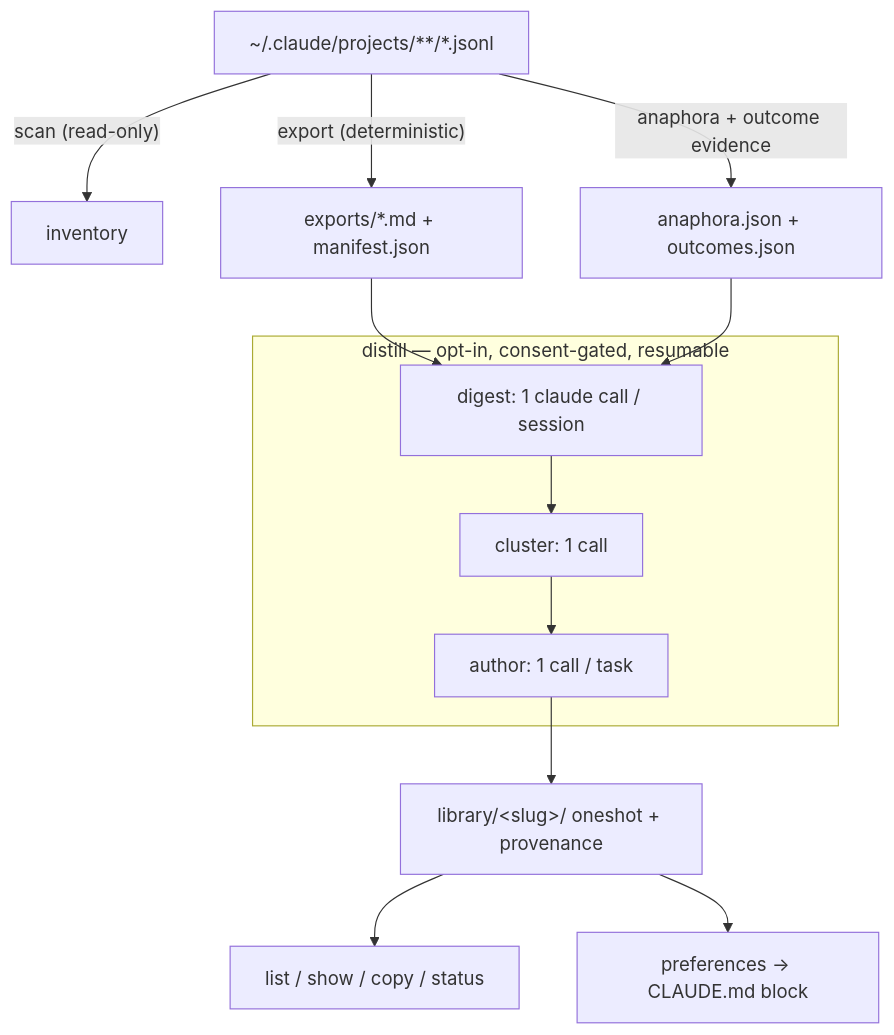
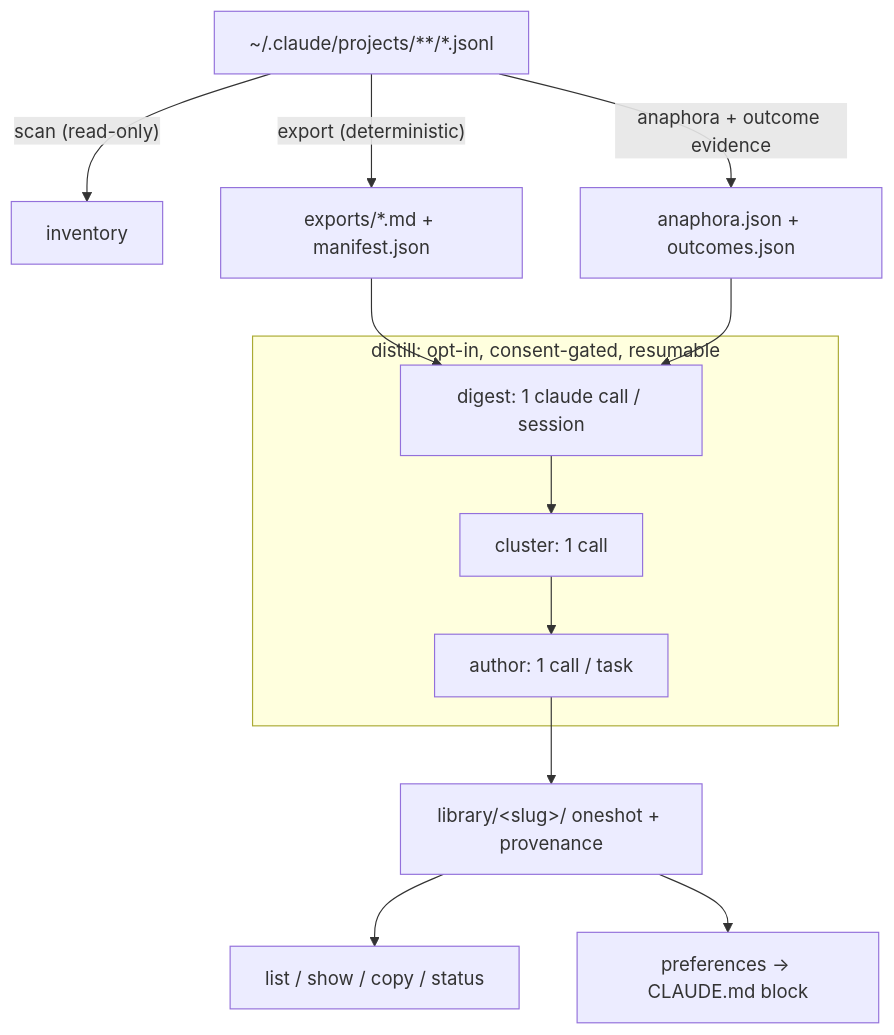
The diagram in README.md (adityaarunsinghal/cc-hindsight), drawn with Mermaid before and after one commit. The commit also changed other lines of this file, not shown here.

````diff
--- a/README.md
+++ b/README.md
@@ -118,15 +122,15 @@
 ```mermaid
 flowchart TD
     A["~/.claude/projects/**/*.jsonl"] -->|"scan (read-only)"| B["inventory"]
     A -->|"export (deterministic)"| C["exports/*.md + manifest.json"]
     A -->|"anaphora + outcome evidence"| D["anaphora.json + outcomes.json"]
     C --> E
     D --> E
-    subgraph distill ["distill — opt-in, consent-gated, resumable"]
+    subgraph distill ["distill: opt-in, consent-gated, resumable"]
         E["digest: 1 claude call / session"] --> F["cluster: 1 call"]
         F --> G["author: 1 call / task"]
     end
     G --> H["library/&lt;slug&gt;/ oneshot + provenance"]
     H --> I["list / show / copy / status"]
     H --> J["preferences → CLAUDE.md block"]
 ```
````
